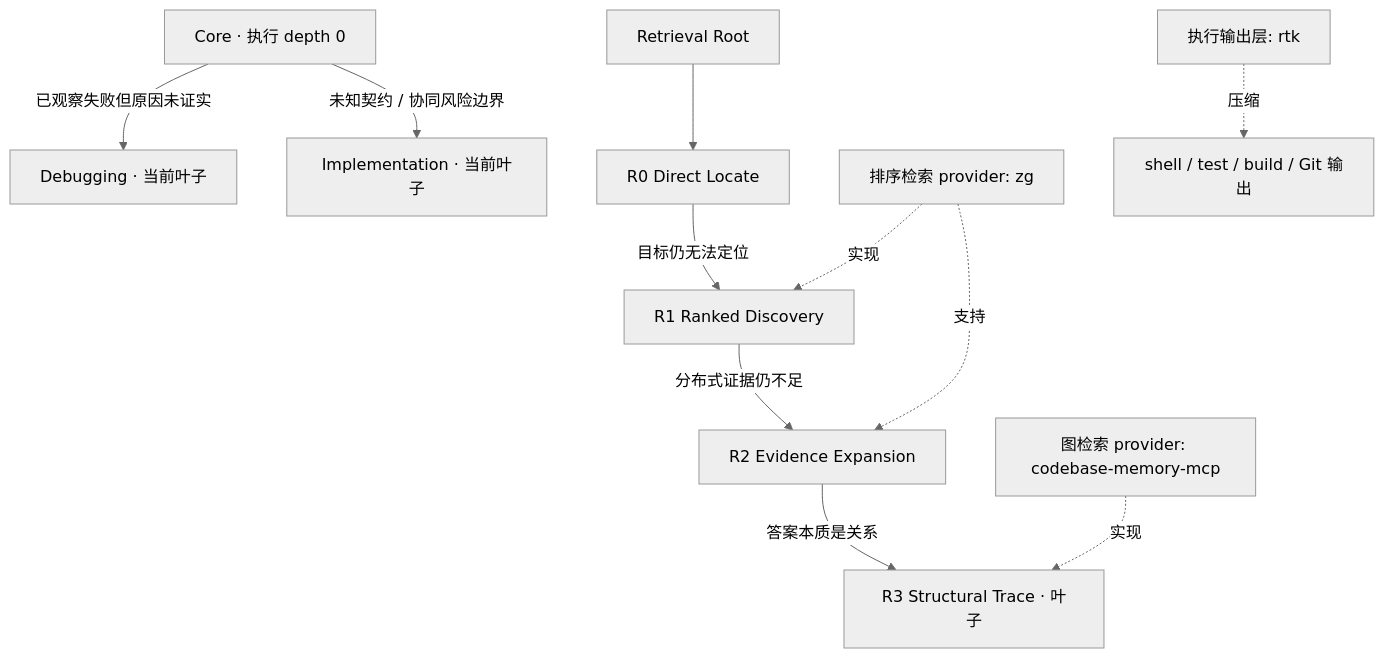
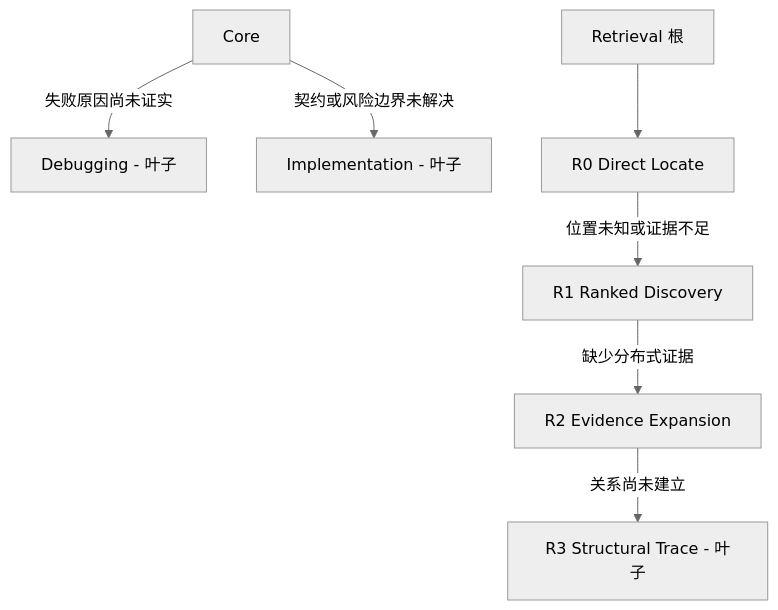
One commit to Hubujiu/practical-coding changed the diagram in README_zh.md. Above: the diagram before and after it, drawn with Mermaid (neutral theme). The commit also changed other lines of this file and 37 other files, not shown here.

````diff
--- a/README_zh.md
+++ b/README_zh.md
@@ -11,16 +11,9 @@
 ```mermaid
 flowchart TD
-  Core[Core · 执行 depth 0]
-  Core -->|已观察失败但原因未证实| Debugging[Debugging · 当前叶子]
-  Core -->|未知契约 / 协同风险边界| Implementation[Implementation · 当前叶子]
-
-  Retrieval[Retrieval Root] --> Direct[R0 Direct Locate]
-  Direct -->|目标仍无法定位| Discovery[R1 Ranked Discovery]
-  Discovery -->|分布式证据仍不足| Evidence[R2 Evidence Expansion]
-  Evidence -->|答案本质是关系| Structural[R3 Structural Trace · 叶子]
-
-  ZG[排序检索 provider: zg] -. 实现 .-> Discovery
-  ZG -. 支持 .-> Evidence
-  CBM[图检索 provider: codebase-memory-mcp] -. 实现 .-> Structural
-  RTK[执行输出层: rtk] -. 压缩 .-> Commands[shell / test / build / Git 输出]
+  Core[Core] -->|失败原因尚未证实| Debugging[Debugging - 叶子]
+  Core -->|契约或风险边界未解决| Implementation[Implementation - 叶子]
+  Retrieval[Retrieval 根] --> Direct[R0 Direct Locate]
+  Direct -->|位置未知或证据不足| Discovery[R1 Ranked Discovery]
+  Discovery -->|缺少分布式证据| Evidence[R2 Evidence Expansion]
+  Evidence -->|关系尚未建立| Structural[R3 Structural Trace - 叶子]
 ```
````
